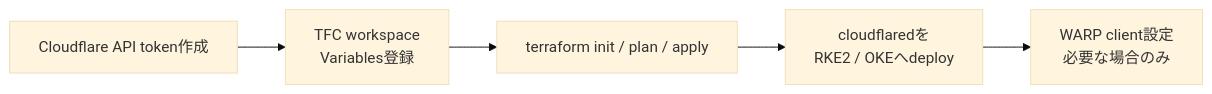
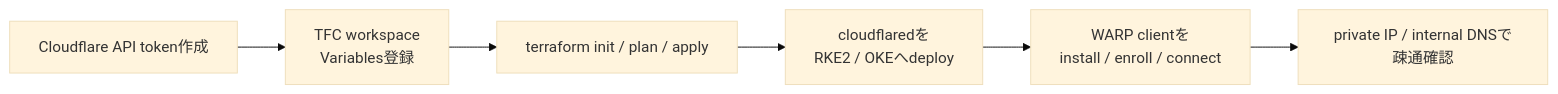
The diagram in terraform/cloudflare/README.md (miutaku/my-infra), drawn with Mermaid (base theme) before and after one commit. The commit also changed other lines of this file and 4 other files, not shown here.

Commit message:
Add WARP client profile and private network routes configuration for RKE2 tunnel

````diff
--- a/terraform/cloudflare/README.md
+++ b/terraform/cloudflare/README.md
@@ -79,10 +109,11 @@
 ```mermaid
 flowchart LR
   Token[Cloudflare API token作成]
   Vars[TFC workspace<br/>Variables登録]
   Terraform[terraform init / plan / apply]
   Agent[cloudflaredを<br/>RKE2 / OKEへdeploy]
-  Warp[WARP client設定<br/>必要な場合のみ]
+  Client[WARP clientを<br/>install / enroll / connect]
+  Test[private IP / internal DNSで疎通確認]
 
-  Token --> Vars --> Terraform --> Agent --> Warp
+  Token --> Vars --> Terraform --> Agent --> Client --> Test
 ```
````
